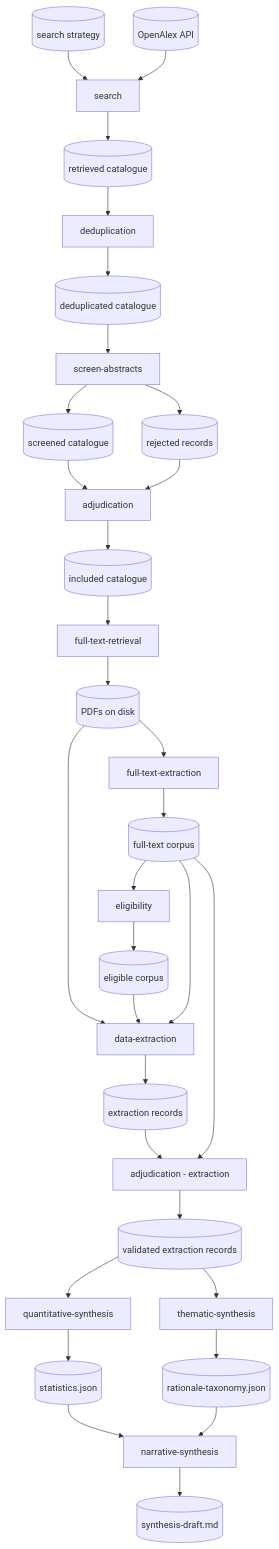
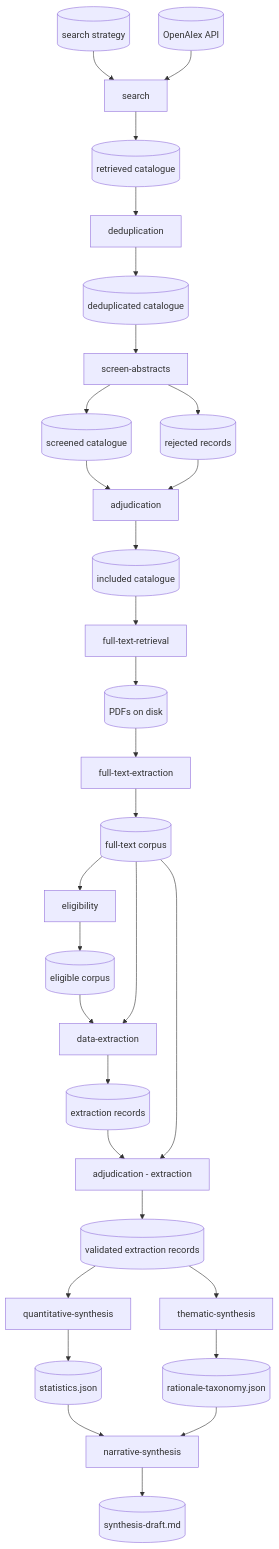
Before and after one commit to geomar-od-lagrange/2026_laglitsynth: the diagram in docs/pipeline.md, drawn with Mermaid. The commit also changed other lines of this file and 2 other files, not shown here.

````diff
--- a/docs/pipeline.md
+++ b/docs/pipeline.md
@@ -202,63 +212,62 @@
 ```mermaid
 graph TD
     KW[(search strategy)]
     OA[(OpenAlex API)]
     RCAT[(retrieved catalogue)]
     DCAT[(deduplicated catalogue)]
     SCAT[(screened catalogue)]
     REJ[(rejected records)]
     ICAT[(included catalogue)]
     PDFS[(PDFs on disk)]
     FTC[(full-text corpus)]
     ECORP[(eligible corpus)]
     EXT[(extraction records)]
     EXTV[(validated extraction records)]
     STAT[(statistics.json)]
     TAX[(rationale-taxonomy.json)]
     SYN[(synthesis-draft.md)]
 
     FETCH[search]
     DEDUP[deduplication]
     SCREEN[screen-abstracts]
     ADJUD[adjudication]
     RETRIEVE[full-text-retrieval]
     GROBID[full-text-extraction]
     ELIG[eligibility]
     EXTRACT[data-extraction]
     ADJUD2[adjudication - extraction]
     QSYNTH[quantitative-synthesis]
     TSYNTH[thematic-synthesis]
     NARR[narrative-synthesis]
 
     KW --> FETCH
     OA --> FETCH
     FETCH --> RCAT
     RCAT --> DEDUP
     DEDUP --> DCAT
     DCAT --> SCREEN
     SCREEN --> SCAT
     SCREEN --> REJ
     SCAT --> ADJUD
     REJ --> ADJUD
     ADJUD --> ICAT
     ICAT --> RETRIEVE
     RETRIEVE --> PDFS
     PDFS --> GROBID
     GROBID --> FTC
     FTC --> ELIG
-    PDFS --> EXTRACT
     ELIG --> ECORP
     ECORP --> EXTRACT
     FTC --> EXTRACT
     EXTRACT --> EXT
     EXT --> ADJUD2
     FTC --> ADJUD2
     ADJUD2 --> EXTV
     EXTV --> QSYNTH
     EXTV --> TSYNTH
     QSYNTH --> STAT
     TSYNTH --> TAX
     STAT --> NARR
     TAX --> NARR
     NARR --> SYN
 ```
````
